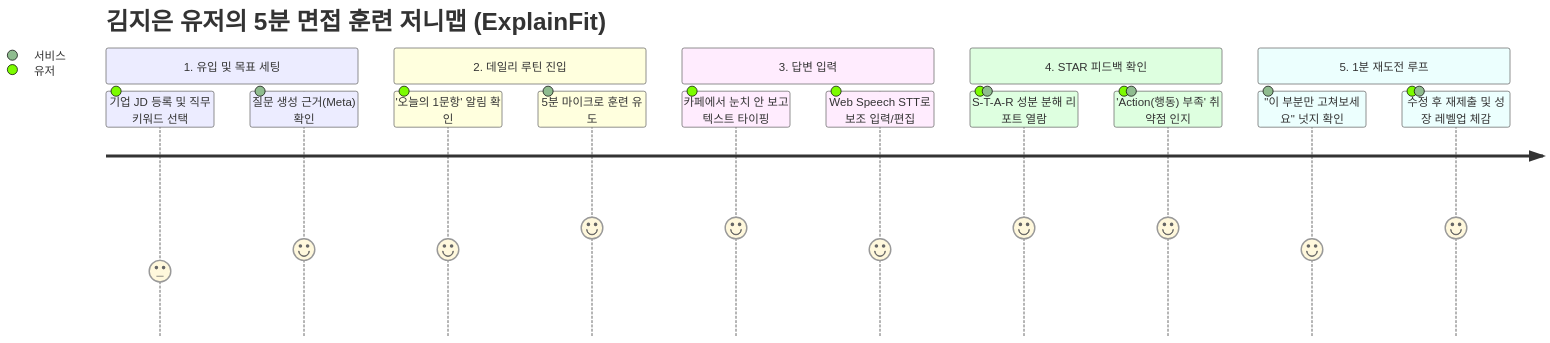
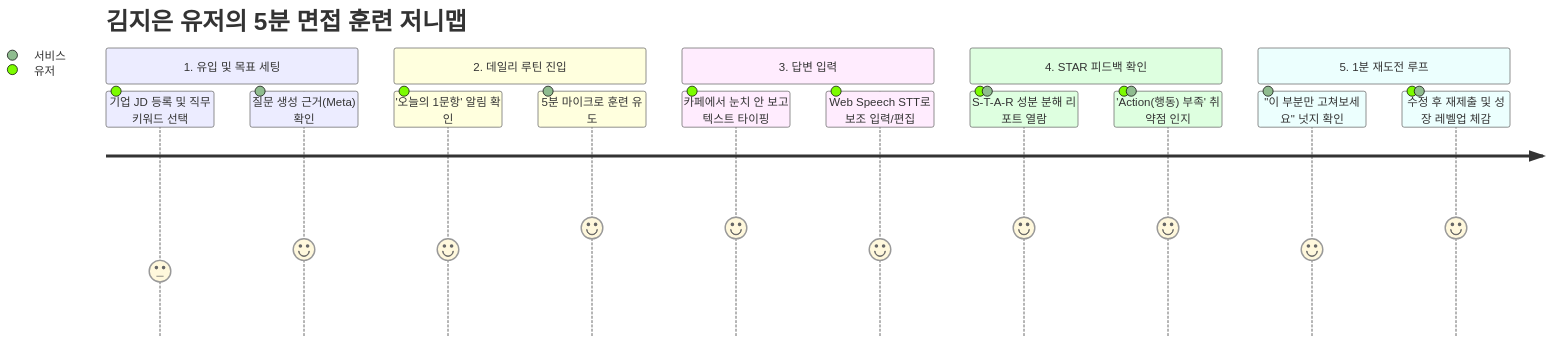
One commit to gieun-Park/final_playground changed the diagram in README.md. Above: the diagram before and after it, drawn with Mermaid. The commit also changed other lines of this file, not shown here.

````diff
--- a/README.md
+++ b/README.md
@@ -108,19 +108,19 @@
 ```mermaid
 journey
-    title 김지은 유저의 5분 면접 훈련 저니맵 (ExplainFit)
+    title 김지은 유저의 5분 면접 훈련 저니맵
     section 1. 유입 및 목표 세팅
       기업 JD 등록 및 직무 키워드 선택: 3: 유저
       질문 생성 근거(Meta) 확인: 4: 서비스
     section 2. 데일리 루틴 진입
       '오늘의 1문항' 알림 확인: 4: 유저
       5분 마이크로 훈련 유도: 5: 서비스
     section 3. 답변 입력
       카페에서 눈치 안 보고 텍스트 타이핑: 5: 유저
       Web Speech STT로 보조 입력/편집: 4: 유저
     section 4. STAR 피드백 확인
       S-T-A-R 성분 분해 리포트 열람: 5: 유저, 서비스
       'Action(행동) 부족' 취약점 인지: 5: 유저, 서비스
     section 5. 1분 재도전 루프
       "이 부분만 고쳐보세요" 넛지 확인: 4: 서비스
       수정 후 재제출 및 성장 레벨업 체감: 5: 유저, 서비스
 ```
````
